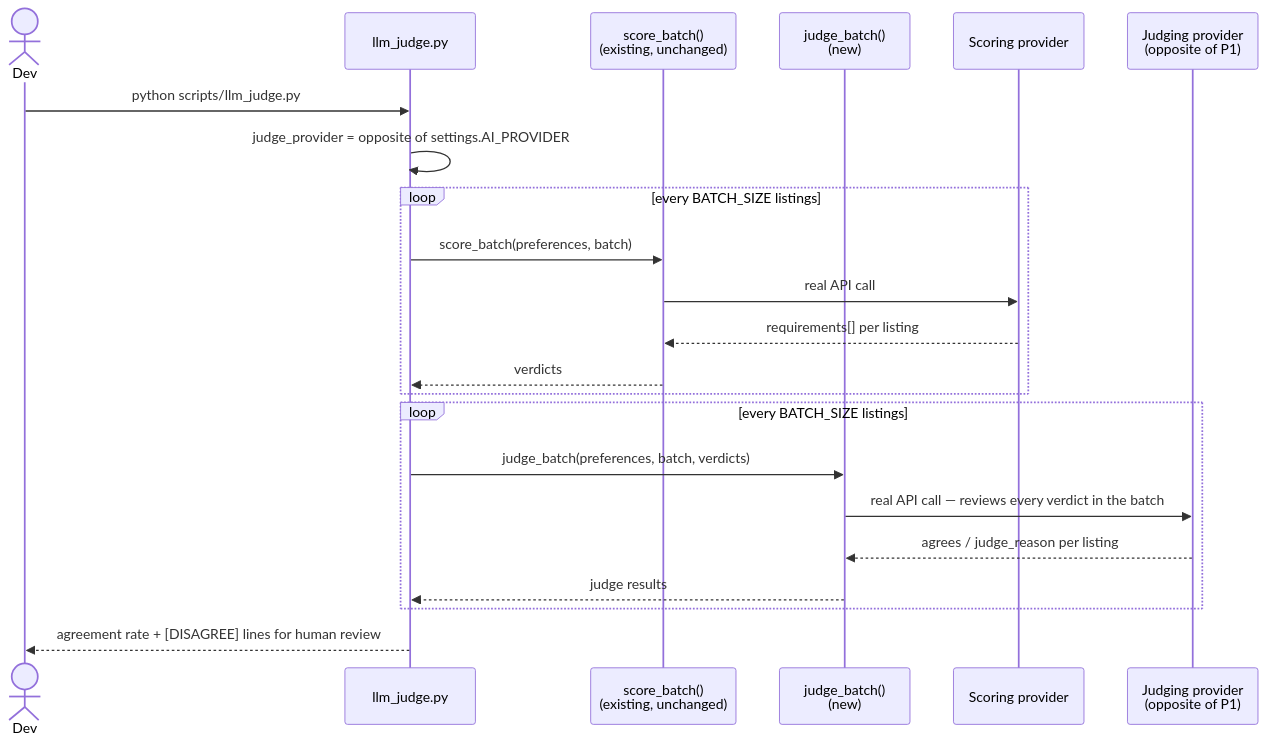
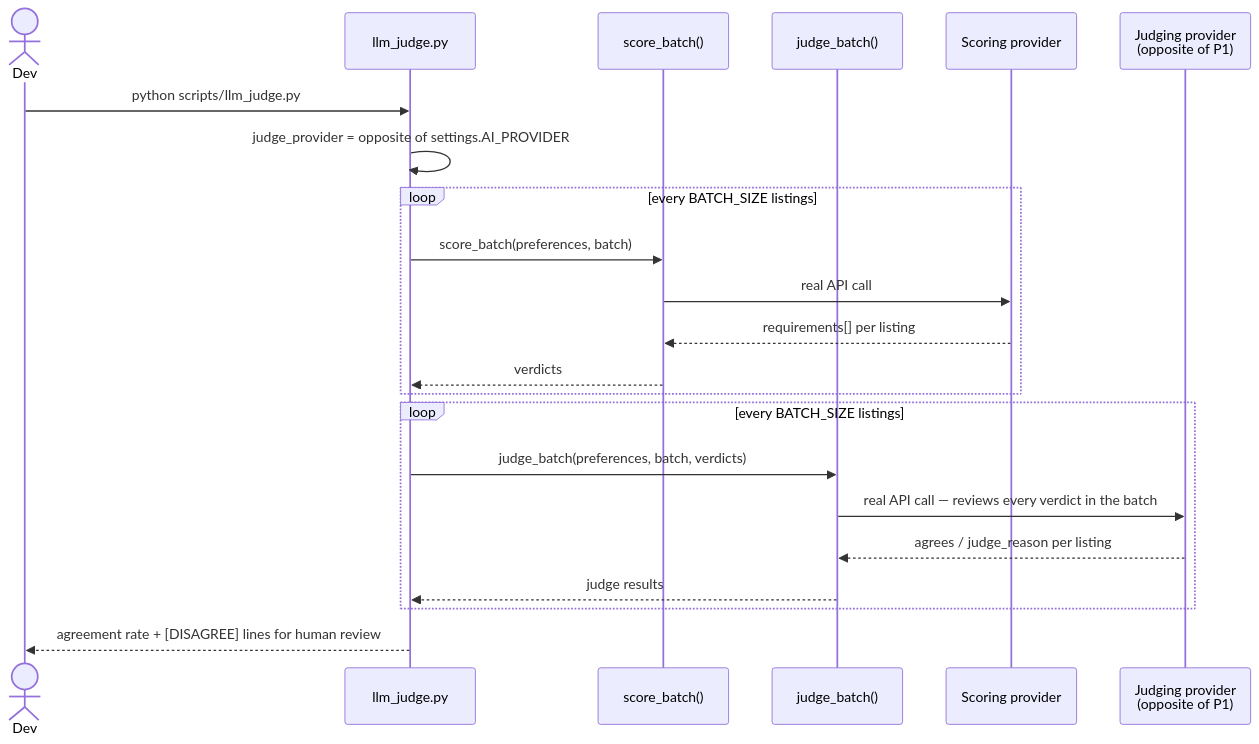
One commit to KhushbuVaishnav/HomeLens changed the ninth of 9 diagrams in docs/architecture.md. Above: the diagram before and after it, drawn with Mermaid. The commit also changed other lines of this file and 1 other file, not shown here.

Commit message:
Refactor README and architecture documentation for clarity and consistency

````diff
--- a/docs/architecture.md
+++ b/docs/architecture.md
@@ -427,25 +366,25 @@
 ```mermaid
 sequenceDiagram
     actor Dev
     participant Judge as llm_judge.py
-    participant SB as score_batch()<br/>(existing, unchanged)
-    participant JB as judge_batch()<br/>(new)
+    participant SB as score_batch()
+    participant JB as judge_batch()
     participant P1 as Scoring provider
     participant P2 as Judging provider<br/>(opposite of P1)
 
     Dev->>Judge: python scripts/llm_judge.py
     Judge->>Judge: judge_provider = opposite of settings.AI_PROVIDER
     loop every BATCH_SIZE listings
         Judge->>SB: score_batch(preferences, batch)
         SB->>P1: real API call
         P1-->>SB: requirements[] per listing
         SB-->>Judge: verdicts
     end
     loop every BATCH_SIZE listings
         Judge->>JB: judge_batch(preferences, batch, verdicts)
         JB->>P2: real API call — reviews every verdict in the batch
         P2-->>JB: agrees / judge_reason per listing
         JB-->>Judge: judge results
     end
     Judge-->>Dev: agreement rate + [DISAGREE] lines for human review
 ```
````
